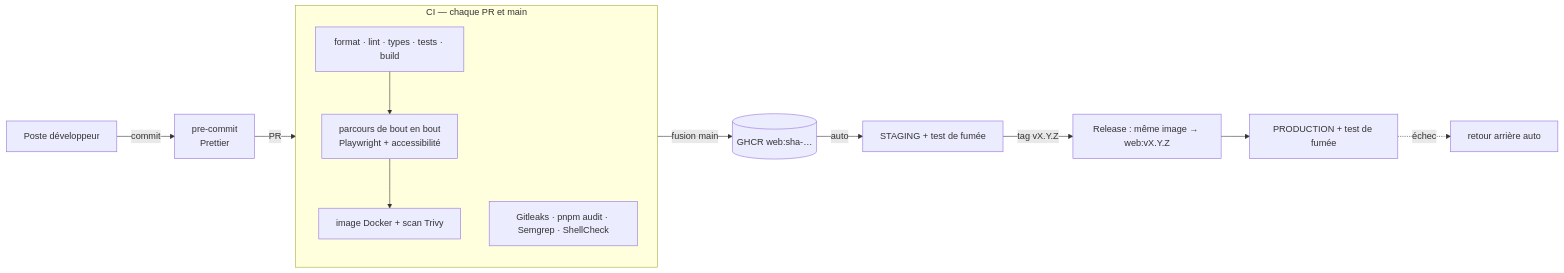
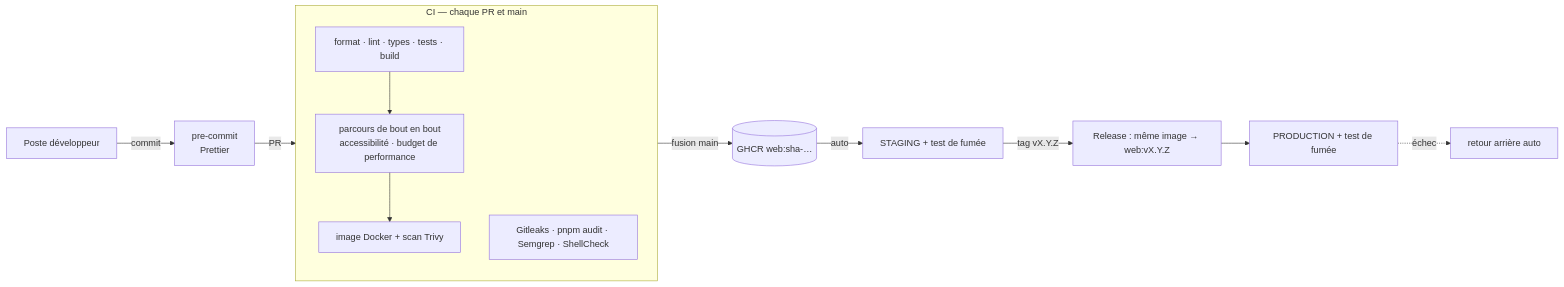
One commit to levy-kombila/kemdia changed the sixth of 7 diagrams in docs/architecture/cahier-architecture.md. Above: the diagram before and after it, drawn with Mermaid. The commit also changed other lines of this file and 24 other files, not shown here.

First line of the commit message:
feat(S2-T08, S2-T09): budget de performance en 3G et dépendances à jour

````diff
--- a/docs/architecture/cahier-architecture.md
+++ b/docs/architecture/cahier-architecture.md
@@ -373,18 +374,18 @@
 ```mermaid
 flowchart LR
     dev[Poste développeur] -->|commit| hook[pre-commit<br/>Prettier]
     hook -->|PR| ci
     subgraph ci[CI — chaque PR et main]
       direction TB
       q[format · lint · types · tests · build]
-      e[parcours de bout en bout<br/>Playwright + accessibilité]
+      e[parcours de bout en bout<br/>accessibilité · budget de performance]
       i[image Docker + scan Trivy]
       s[Gitleaks · pnpm audit · Semgrep · ShellCheck]
       q --> e --> i
     end
     ci -->|fusion main| pub[(GHCR web:sha-…)]
     pub -->|auto| stg[STAGING + test de fumée]
     stg -->|tag vX.Y.Z| rel[Release : même image → web:vX.Y.Z]
     rel --> prod[PRODUCTION + test de fumée]
     prod -. échec .-> rb[retour arrière auto]
 ```
````
